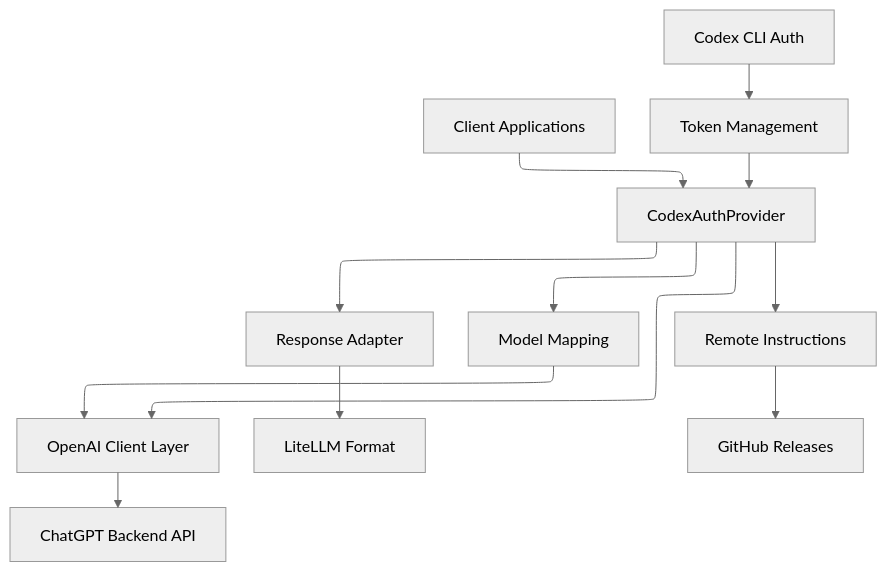
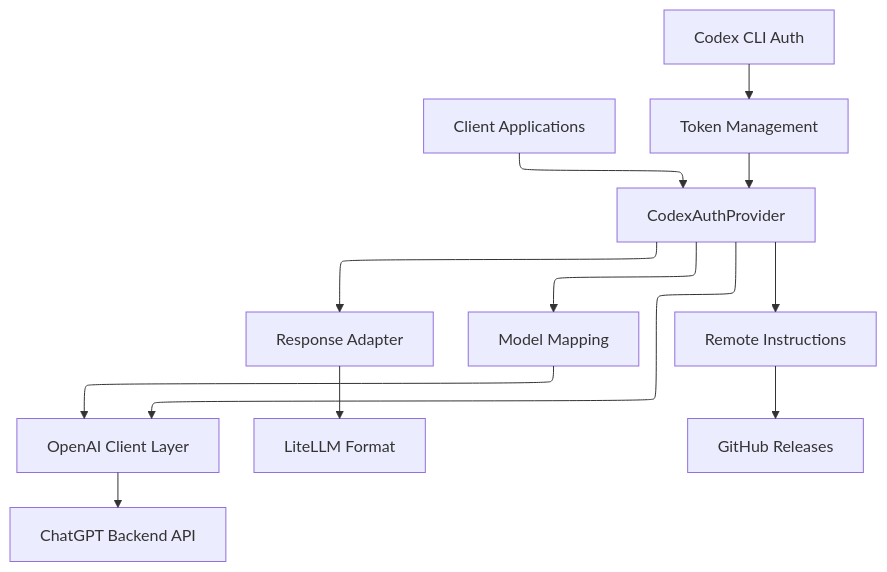
Before and after one commit to jslorrma/litellm-codex-oauth-provider: the first of 5 diagrams in docs/architecture.md, drawn with Mermaid.

Commit message:
docs: comment out mermaid theme configuration in architecture docs

````diff
--- a/docs/architecture.md
+++ b/docs/architecture.md
@@ -7,28 +7,28 @@
 ```mermaid
 ---
 config:
-  theme: neutral
+  # theme: neutral
   layout: elk
   elk:
     nodeSpacing: 60
     edgeSpacing: 50
     layoutDirection: TB
 ---
 
 graph TB
     A[Client Applications] --> B[CodexAuthProvider]
     B --> C[OpenAI Client Layer]
     C --> D[ChatGPT Backend API]
 
     E[Codex CLI Auth] --> F[Token Management]
     F --> B
 
     B --> G[Response Adapter]
     G --> H[LiteLLM Format]
 
     B --> I[Model Mapping]
     I --> C
 
     B --> J[Remote Instructions]
     J --> K[GitHub Releases]
 ```
````
